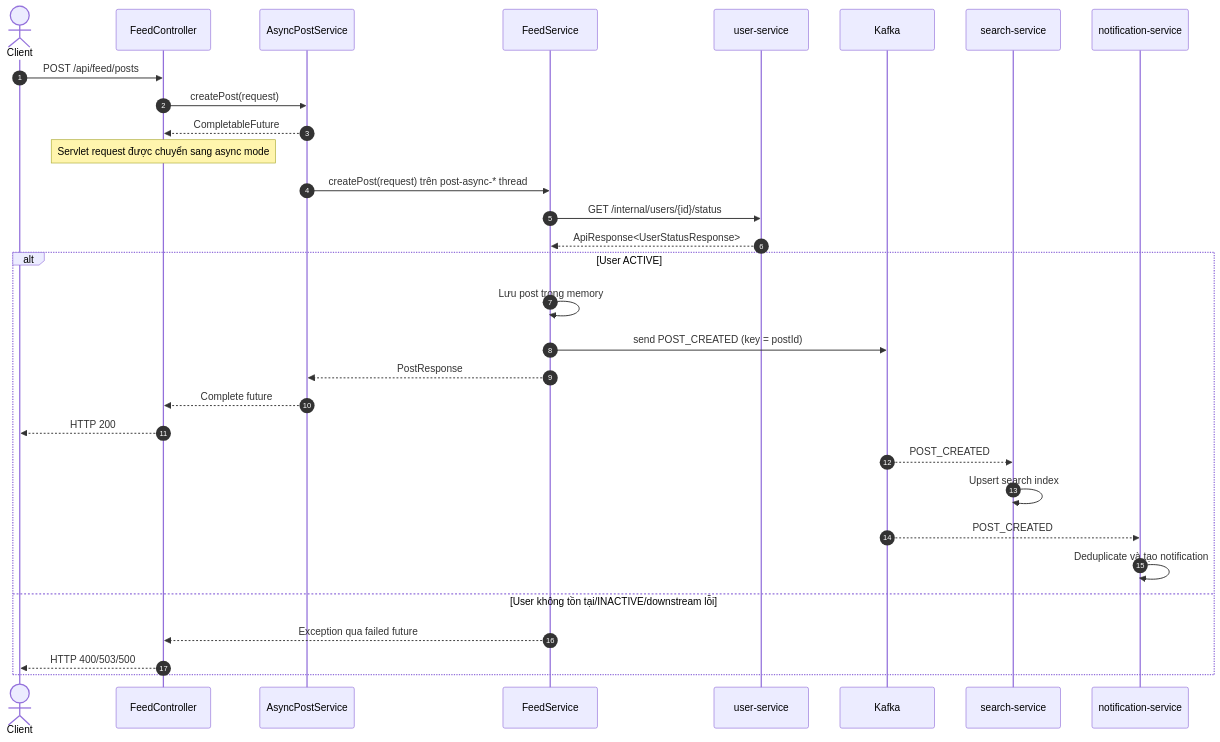
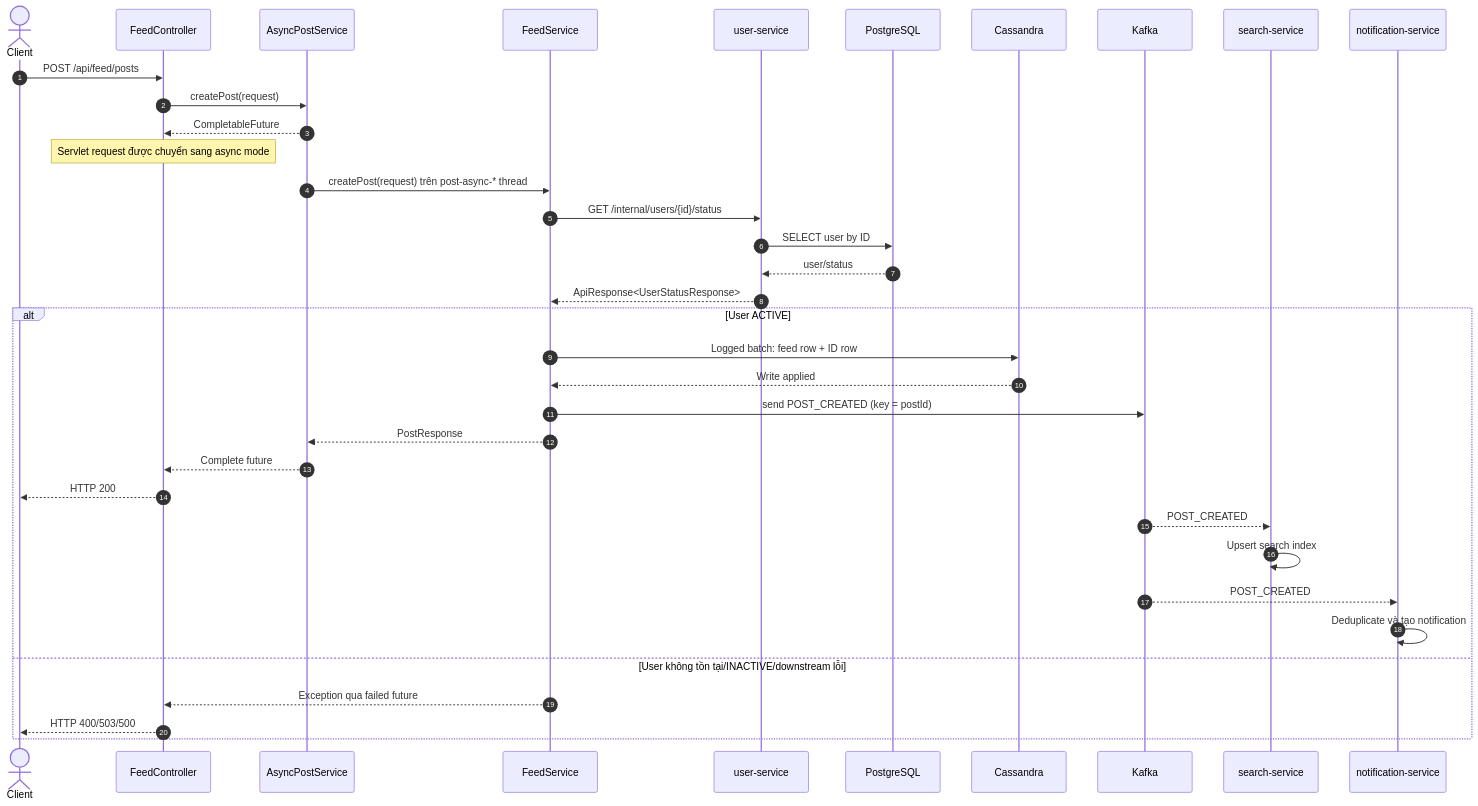
Before and after one commit to lenguyentiendat/devconnect-microservice-demo: the first of 2 diagrams in docs/ARCHITECTURE.md, drawn with Mermaid. The commit also changed other lines of this file and 36 other files, not shown here.

````diff
--- a/docs/ARCHITECTURE.md
+++ b/docs/ARCHITECTURE.md
@@ -53,34 +66,39 @@
 ```mermaid
 sequenceDiagram
     autonumber
     actor C as Client
     participant FC as FeedController
     participant AP as AsyncPostService
     participant FS as FeedService
     participant US as user-service
+    participant PG as PostgreSQL
+    participant CA as Cassandra
     participant K as Kafka
     participant SS as search-service
     participant NS as notification-service
 
     C->>FC: POST /api/feed/posts
     FC->>AP: createPost(request)
     AP-->>FC: CompletableFuture
     Note over FC: Servlet request được chuyển sang async mode
     AP->>FS: createPost(request) trên post-async-* thread
     FS->>US: GET /internal/users/{id}/status
+    US->>PG: SELECT user by ID
+    PG-->>US: user/status
     US-->>FS: ApiResponse<UserStatusResponse>
     alt User ACTIVE
-        FS->>FS: Lưu post trong memory
+        FS->>CA: Logged batch: feed row + ID row
+        CA-->>FS: Write applied
         FS->>K: send POST_CREATED (key = postId)
         FS-->>AP: PostResponse
         AP-->>FC: Complete future
         FC-->>C: HTTP 200
         K-->>SS: POST_CREATED
         SS->>SS: Upsert search index
         K-->>NS: POST_CREATED
         NS->>NS: Deduplicate và tạo notification
     else User không tồn tại/INACTIVE/downstream lỗi
         FS-->>FC: Exception qua failed future
         FC-->>C: HTTP 400/503/500
     end
 ```
````
